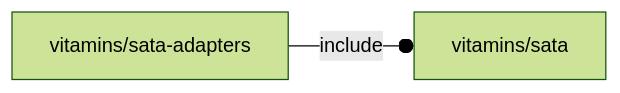
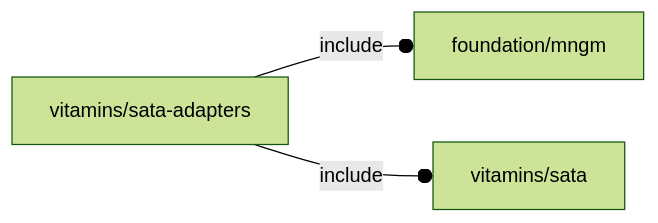
The diagram in orthodocs/vitamins/sata-adapters.md (ggabbiani/OFL), drawn with Mermaid (forest theme) before and after one commit. The commit also changed 39 other files, not shown here.

````diff
--- a/orthodocs/vitamins/sata-adapters.md
+++ b/orthodocs/vitamins/sata-adapters.md
@@ -5,4 +5,5 @@
 ```mermaid
 graph LR
-    A1[vitamins/sata-adapters] --o|include| A2[vitamins/sata]
+    A1[vitamins/sata-adapters] --o|include| A2[foundation/mngm]
+    A1 --o|include| A3[vitamins/sata]
 ```
````
